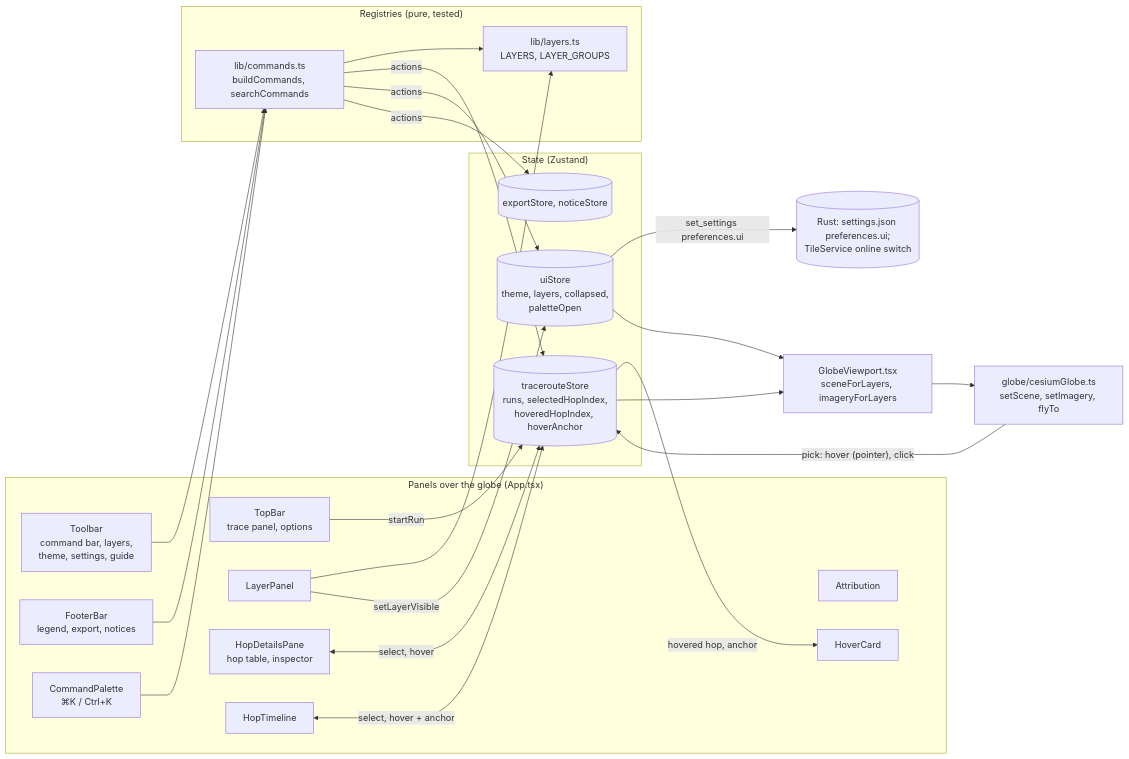
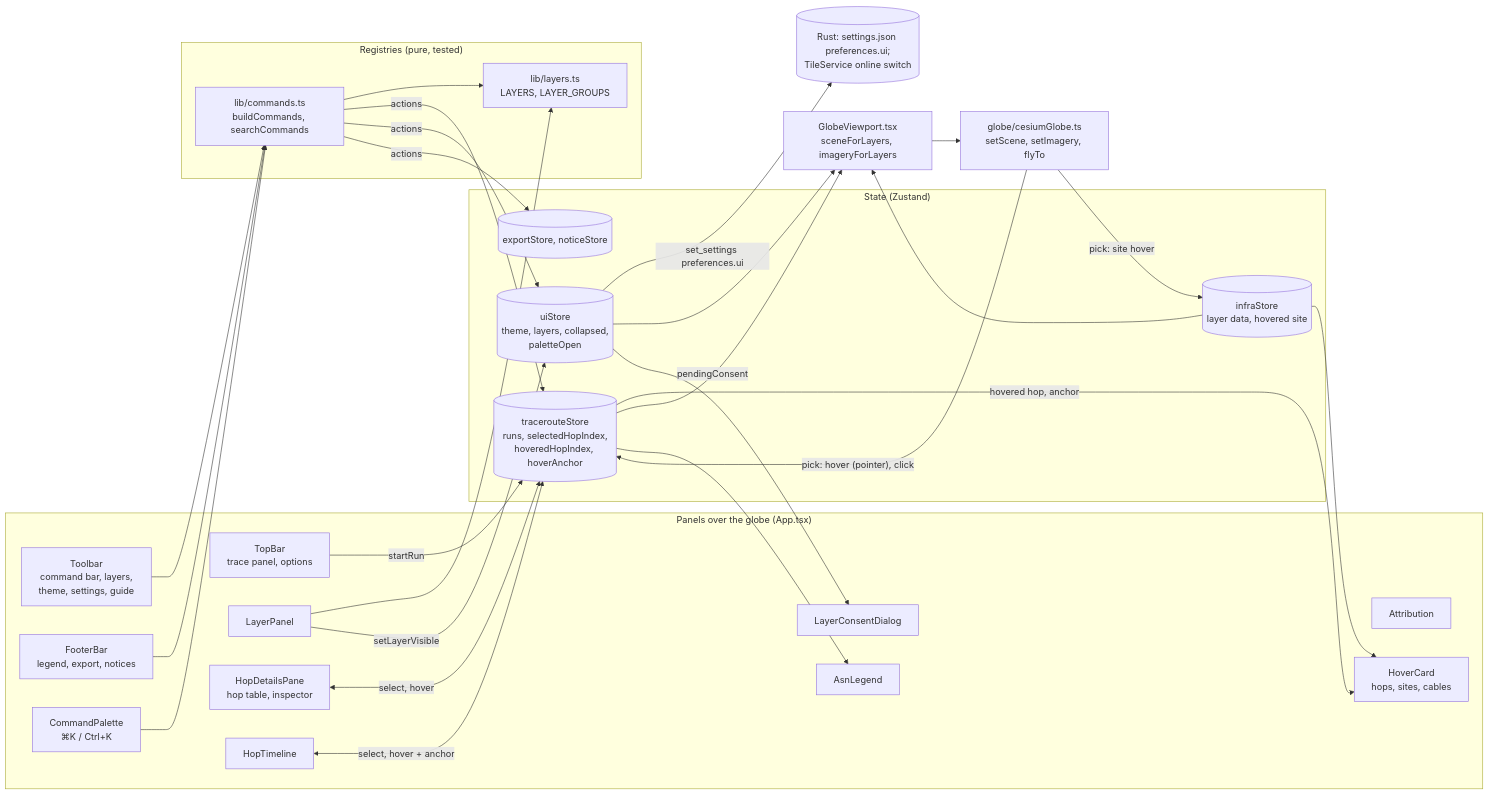
Before and after one commit to rush-skills/vistracer: the fourth of 5 diagrams in docs/architecture.md, drawn with Mermaid. The commit also changed other lines of this file and 5 other files, not shown here.

````diff
--- a/docs/architecture.md
+++ b/docs/architecture.md
@@ -596,45 +628,53 @@
 ```mermaid
 flowchart LR
     subgraph panels["Panels over the globe (App.tsx)"]
         trace["TopBar<br/>trace panel, options"]
         toolbar["Toolbar<br/>command bar, layers,<br/>theme, settings, guide"]
         layerPanel["LayerPanel"]
         hops["HopDetailsPane<br/>hop table, inspector"]
         timeline["HopTimeline"]
         footer["FooterBar<br/>legend, export, notices"]
         credits["Attribution"]
-        card["HoverCard"]
+        card["HoverCard<br/>hops, sites, cables"]
         palette["CommandPalette<br/>⌘K / Ctrl+K"]
+        legend["AsnLegend"]
+        consentDialog["LayerConsentDialog"]
     end
     subgraph stores["State (Zustand)"]
         traceStore[("tracerouteStore<br/>runs, selectedHopIndex,<br/>hoveredHopIndex, hoverAnchor")]
         uiStore[("uiStore<br/>theme, layers, collapsed,<br/>paletteOpen")]
         exportStore[("exportStore, noticeStore")]
+        infraStore[("infraStore<br/>layer data, hovered site")]
     end
     subgraph registries["Registries (pure, tested)"]
         layers["lib/layers.ts<br/>LAYERS, LAYER_GROUPS"]
         commands["lib/commands.ts<br/>buildCommands, searchCommands"]
     end
     viewport["GlobeViewport.tsx<br/>sceneForLayers, imageryForLayers"]
     adapter["globe/cesiumGlobe.ts<br/>setScene, setImagery, flyTo"]
     rust[("Rust: settings.json preferences.ui;<br/>TileService online switch")]
 
     trace -->|startRun| traceStore
     hops <-->|select, hover| traceStore
     timeline <-->|"select, hover + anchor"| traceStore
     traceStore -->|"hovered hop, anchor"| card
     layerPanel --> layers
     layerPanel -->|setLayerVisible| uiStore
     palette --> commands
     toolbar --> commands
     footer --> commands
     commands --> layers
     commands -->|actions| traceStore
     commands -->|actions| uiStore
     commands -->|actions| exportStore
     uiStore -->|"set_settings preferences.ui"| rust
     uiStore --> viewport
     traceStore --> viewport
     viewport --> adapter
     adapter -->|"pick: hover (pointer), click"| traceStore
+    adapter -->|"pick: site hover"| infraStore
+    uiStore -->|pendingConsent| consentDialog
+    infraStore --> viewport
+    infraStore --> card
+    traceStore --> legend
 ```
````
